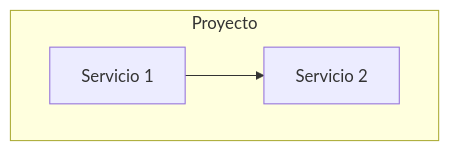
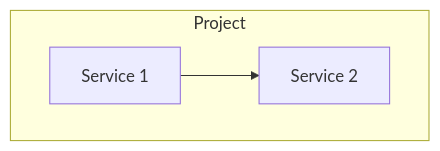
Before and after one commit to elisaul77/Orquestacion_Agentes_claude: the diagram in skills/arquitec-dev-ia/assets/template_copilot_instructions.md, drawn with Mermaid. The commit also changed other lines of this file and 14 other files, not shown here.

````diff
--- a/skills/arquitec-dev-ia/assets/template_copilot_instructions.md
+++ b/skills/arquitec-dev-ia/assets/template_copilot_instructions.md
@@ -8,8 +8,8 @@
 ```mermaid
 flowchart TB
-    subgraph PROYECTO["Proyecto"]
-        SVC1["Servicio 1"]
-        SVC2["Servicio 2"]
+    subgraph PROJECT["Project"]
+        SVC1["Service 1"]
+        SVC2["Service 2"]
     end
     SVC1 --> SVC2
 ```
````
